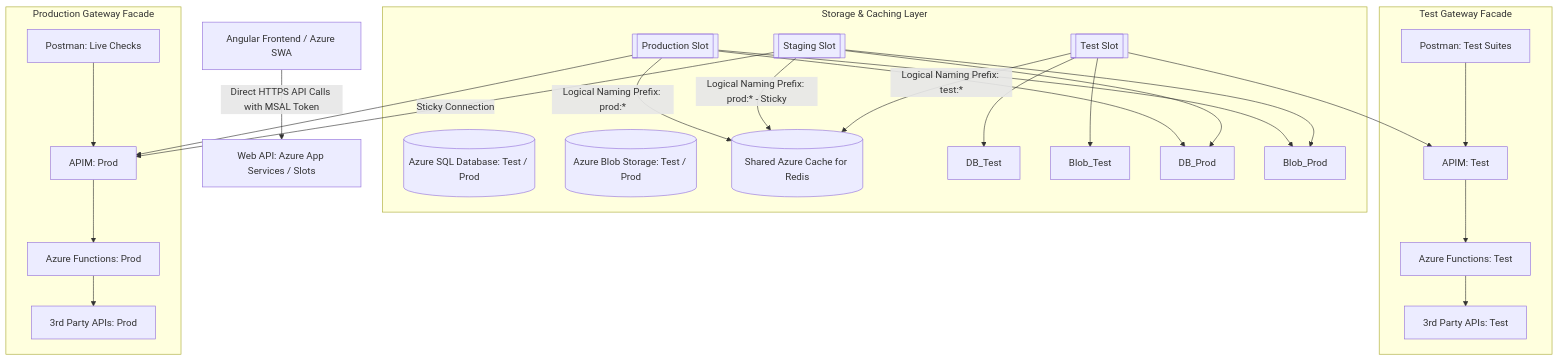
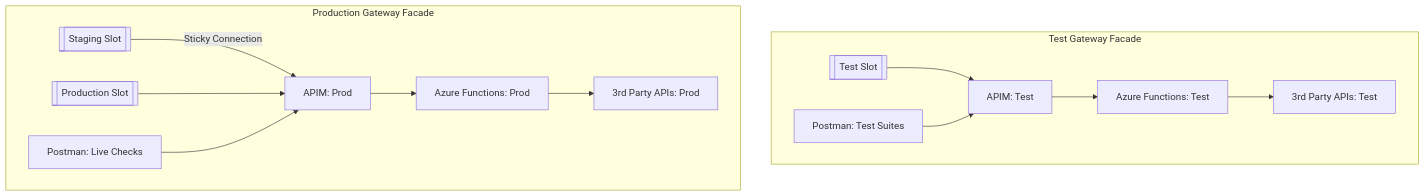
The fourth of 5 diagrams in presentation.md (acforbes/freight-logistics-architecture), drawn with Mermaid before and after one commit. The commit also changed other lines of this file and 1 other file, not shown here.

````diff
--- a/presentation.md
+++ b/presentation.md
@@ -96,35 +139,15 @@
 ```mermaid
 graph TD
-    Client[Angular Frontend / Azure SWA] -->|Direct HTTPS API Calls with MSAL Token| AppService[Web API: Azure App Services / Slots]
-    
-    subgraph Storage & Caching Layer
-        SQL[(Azure SQL Database: Test / Prod)]
-        Blob[(Azure Blob Storage: Test / Prod)]
-        Redis[(Shared Azure Cache for Redis)]
-        
-        Slot_Test[[Test Slot]] --> DB_Test
-        Slot_Test --> Blob_Test
-        Slot_Test -->|Logical Naming Prefix: test:*| Redis
-        
-        Slot_Stag[[Staging Slot]] --> DB_Prod
-        Slot_Stag --> Blob_Prod
-        Slot_Stag -->|Logical Naming Prefix: prod:* - Sticky| Redis
-        
-        Slot_Prod[[Production Slot]] --> DB_Prod
-        Slot_Prod --> Blob_Prod
-        Slot_Prod -->|Logical Naming Prefix: prod:*| Redis
-    end
-
     subgraph Test Gateway Facade
         Slot_Test[[Test Slot]] --> APIM_Test[APIM: Test]
         PM_Test[Postman: Test Suites] --> APIM_Test
         APIM_Test --> AzFunc_Test[Azure Functions: Test] --> Ext_Test[3rd Party APIs: Test]
     end
 
     subgraph Production Gateway Facade
         Slot_Stag[[Staging Slot]] -->|Sticky Connection| APIM_Prod[APIM: Prod]
         Slot_Prod[[Production Slot]] --> APIM_Prod
         PM_Prod[Postman: Live Checks] --> APIM_Prod
         APIM_Prod --> AzFunc_Prod[Azure Functions: Prod] --> Ext_Prod[3rd Party APIs: Prod]
     end
 ```
````
